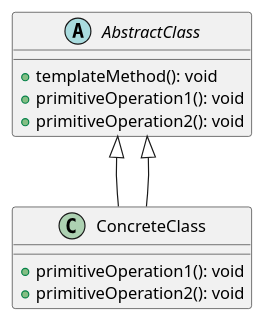
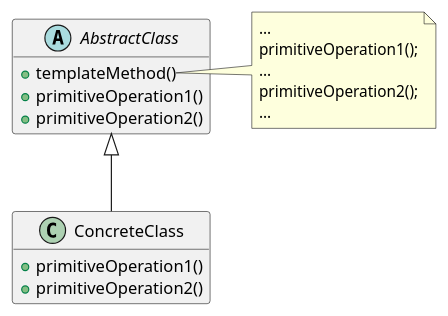
Before and after one commit to KubEF/architecture-learn-materials: the diagram in patterns/template_method.pu, drawn with PlantUML. The commit also changed 50 other files, not shown here.

Commit message:
Add and fix diagrams

```diff
--- a/patterns/template_method.pu
+++ b/patterns/template_method.pu
@@ -1,14 +1,22 @@
 @startuml template_method
+hide empty members
 abstract class AbstractClass {
-    +templateMethod(): void
-    +primitiveOperation1(): void
-    +primitiveOperation2(): void
+    +templateMethod()
+    +primitiveOperation1()
+    +primitiveOperation2()
 }
 
+note right of AbstractClass::templateMethod
+    ...
+    primitiveOperation1();
+    ...
+    primitiveOperation2();
+    ...
+end note
+
 class ConcreteClass extends AbstractClass {
-    +primitiveOperation1(): void
-    +primitiveOperation2(): void
+    +primitiveOperation1()
+    +primitiveOperation2()
 }
 
-AbstractClass <|-- ConcreteClass
 @enduml
```
